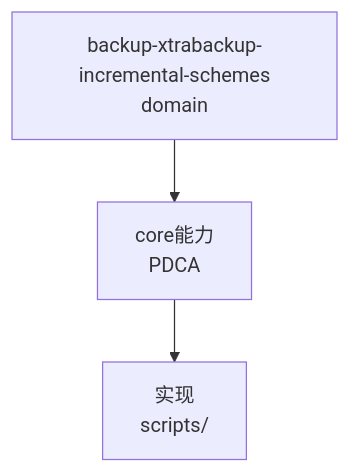
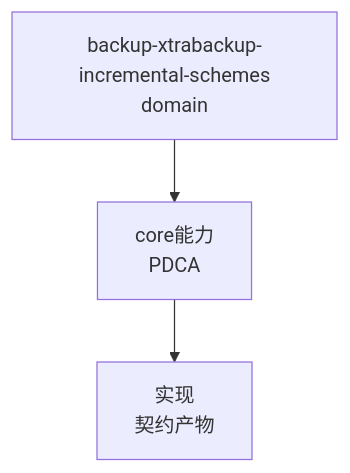
The diagram in ontology/domain/zfs/backup-xtrabackup-incremental-schemes.md (MyBlackHole/pdca-workflow), drawn with Mermaid before and after one commit. The commit also changed other lines of this file and 8256 other files, not shown here.

````diff
--- a/ontology/domain/zfs/backup-xtrabackup-incremental-schemes.md
+++ b/ontology/domain/zfs/backup-xtrabackup-incremental-schemes.md
@@ -86,6 +99,6 @@
 ```mermaid
 graph TD
     A[backup-xtrabackup-incremental-schemes<br/>domain] --> B[core能力<br/>PDCA]
-    B --> C[实现<br/>scripts/]
-    %% Source: ontology/domain/backup-xtrabackup-incremental-schemes.md:1 + ontology/concept/ontology-fidelity-criterion.md:1
+    B --> C[实现<br/>契约产物]
+    %% Source: ontology/domain/zfs/backup-xtrabackup-incremental-schemes.md:1 + ontology/concept/ontology-fidelity-criterion.md:1
 ```
````
